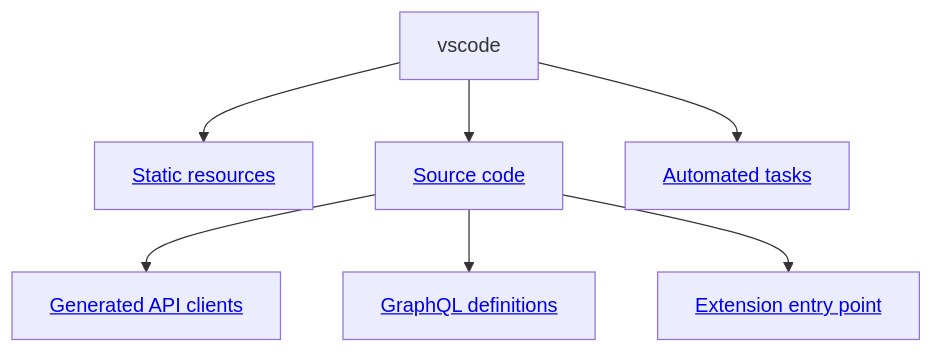
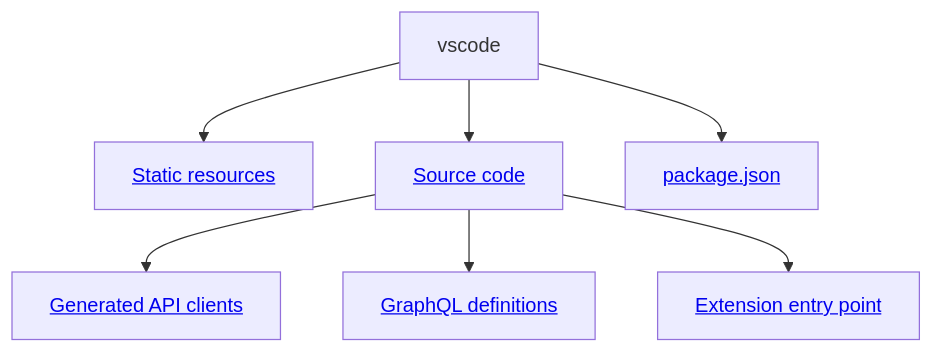
The diagram in docs/CONTRIBUTING.md (confluentinc/vscode), drawn with Mermaid before and after one commit.

````diff
--- a/docs/CONTRIBUTING.md
+++ b/docs/CONTRIBUTING.md
@@ -35,9 +35,9 @@
 ```mermaid
 flowchart TD
     vscode --> resources["<a href='https://github.com/confluentinc/vscode/tree/2bbeecad5a021d793082135c33019eea333bf940/resources'>Static resources</a>"]
     vscode --> src["<a href='https://github.com/confluentinc/vscode/tree/2bbeecad5a021d793082135c33019eea333bf940/src'>Source code</a>"]
     src --> clients["<a href='https://github.com/confluentinc/vscode/tree/2bbeecad5a021d793082135c33019eea333bf940/src/clients'>Generated API clients</a>"]
     src --> graphql["<a href='https://github.com/confluentinc/vscode/tree/2bbeecad5a021d793082135c33019eea333bf940/src/graphql'>GraphQL definitions</a>"]
     src --> extension["<a href='https://github.com/confluentinc/vscode/blob/2bbeecad5a021d793082135c33019eea333bf940/src/extension.ts'>Extension entry point</a>"]
-    vscode --> package.json["<a href='https://github.com/confluentinc/vscode/blob/2bbeecad5a021d793082135c33019eea333bf940/package.json'>Automated tasks</a>"]
+    vscode --> package.json["<a href='https://github.com/confluentinc/vscode/blob/2bbeecad5a021d793082135c33019eea333bf940/package.json'>package.json</a>"]
 ```
````
